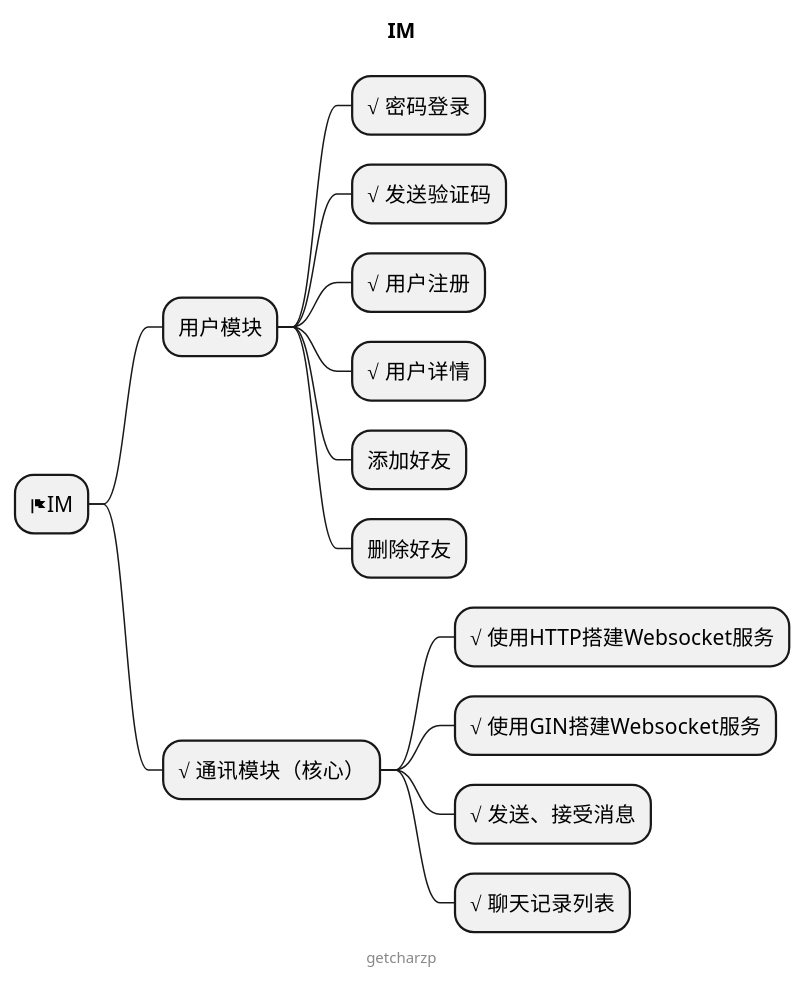
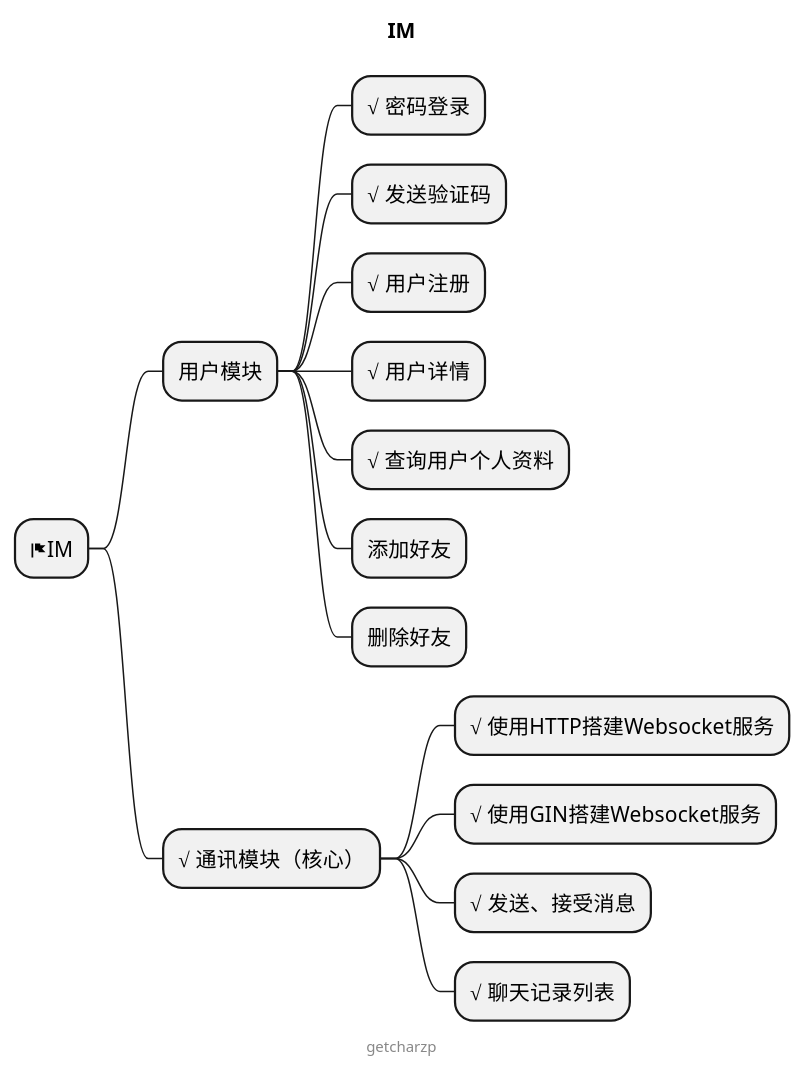
Before and after one commit to GetcharZp/im: the diagram in MIND.puml, drawn with PlantUML. The commit also changed 4 other files, not shown here.

```diff
--- a/MIND.puml
+++ b/MIND.puml
@@ -1,21 +1,22 @@
 @startmindmap
 
 title IM
 
 * <&flag>IM
 ** 用户模块
 *** √ 密码登录
 *** √ 发送验证码
 *** √ 用户注册
 *** √ 用户详情
+*** √ 查询用户个人资料
 *** 添加好友
 *** 删除好友
 ** √ 通讯模块（核心）
 *** √ 使用HTTP搭建Websocket服务
 *** √ 使用GIN搭建Websocket服务
 *** √ 发送、接受消息
 *** √ 聊天记录列表
 
 center footer getcharzp
 
 @endmindmap
```
